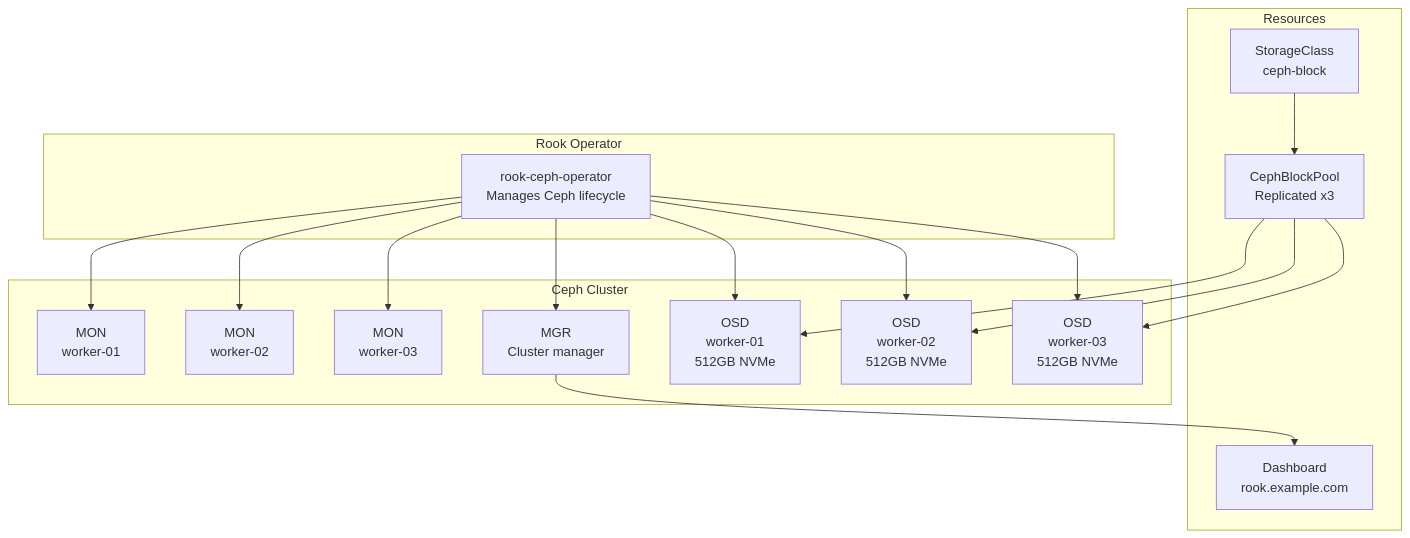
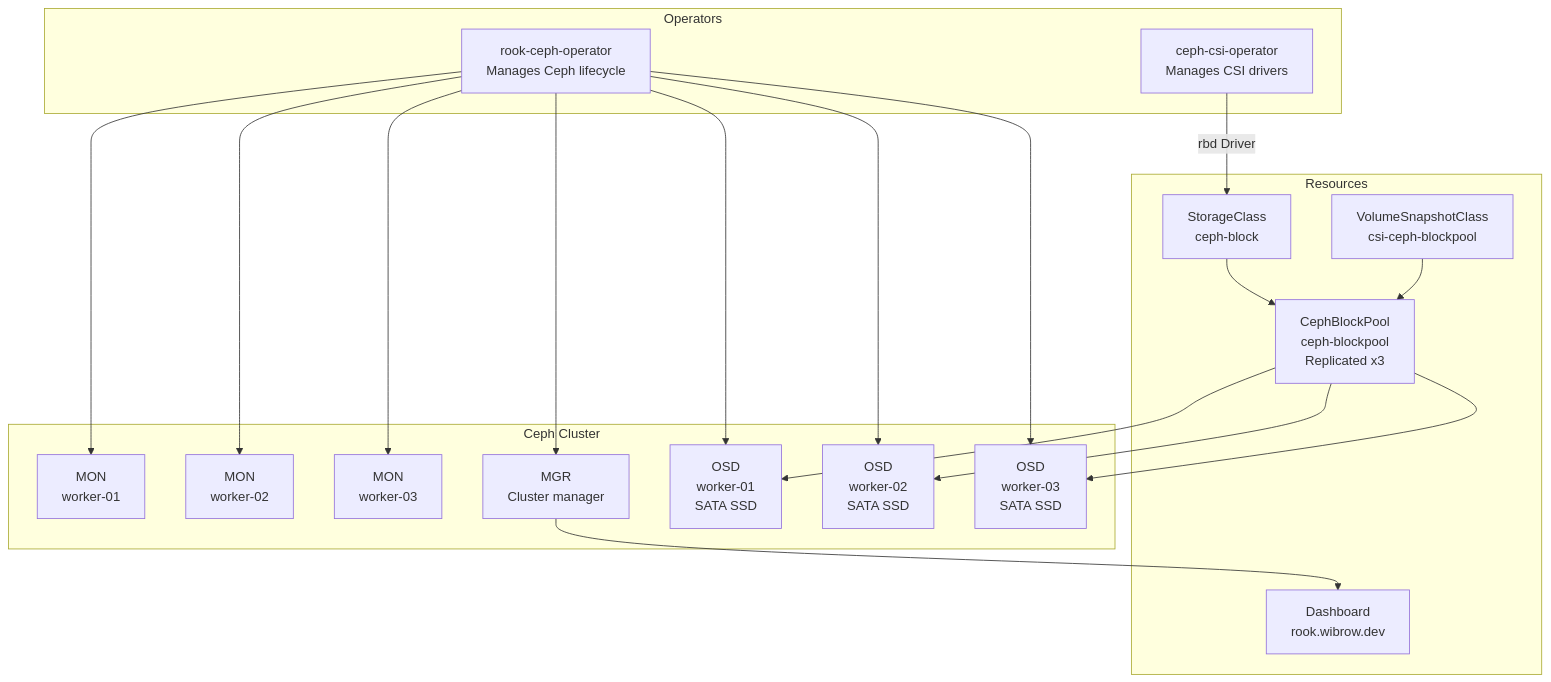
The diagram in docs/storage/rook-ceph.md (swibrow/home-ops), drawn with Mermaid before and after one commit. The commit also changed other lines of this file and 105 other files, not shown here.

````diff
--- a/docs/storage/rook-ceph.md
+++ b/docs/storage/rook-ceph.md
@@ -11,29 +11,33 @@
 ```mermaid
 flowchart TD
-    subgraph Rook Operator
+    subgraph Operators
         OP[rook-ceph-operator\nManages Ceph lifecycle]
+        CSIOP[ceph-csi-operator\nManages CSI drivers]
     end
 
     subgraph Ceph Cluster
         MON1[MON\nworker-01]
         MON2[MON\nworker-02]
         MON3[MON\nworker-03]
         MGR[MGR\nCluster manager]
-        OSD1[OSD\nworker-01\n512GB NVMe]
-        OSD2[OSD\nworker-02\n512GB NVMe]
-        OSD3[OSD\nworker-03\n512GB NVMe]
+        OSD1[OSD\nworker-01\nSATA SSD]
+        OSD2[OSD\nworker-02\nSATA SSD]
+        OSD3[OSD\nworker-03\nSATA SSD]
     end
 
     subgraph Resources
-        BP[CephBlockPool\nReplicated x3]
+        BP[CephBlockPool\nceph-blockpool\nReplicated x3]
         SC[StorageClass\nceph-block]
-        DASH[Dashboard\nrook.example.com]
+        VSC[VolumeSnapshotClass\ncsi-ceph-blockpool]
+        DASH[Dashboard\nrook.wibrow.dev]
     end
 
     OP --> MON1 & MON2 & MON3
     OP --> MGR
     OP --> OSD1 & OSD2 & OSD3
     BP --> OSD1 & OSD2 & OSD3
     SC --> BP
+    VSC --> BP
+    CSIOP -->|rbd Driver| SC
     MGR --> DASH
 ```
````
